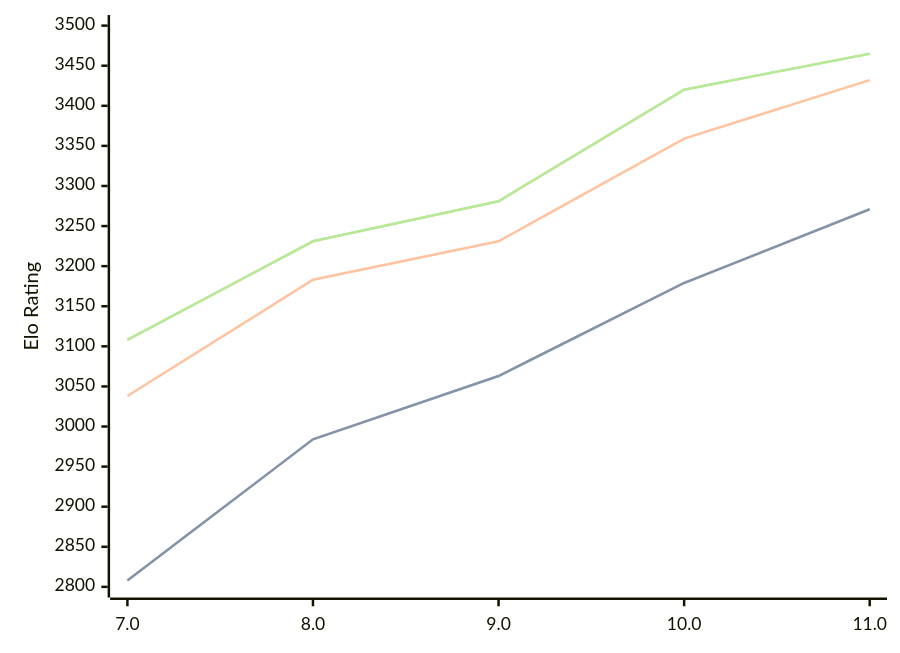
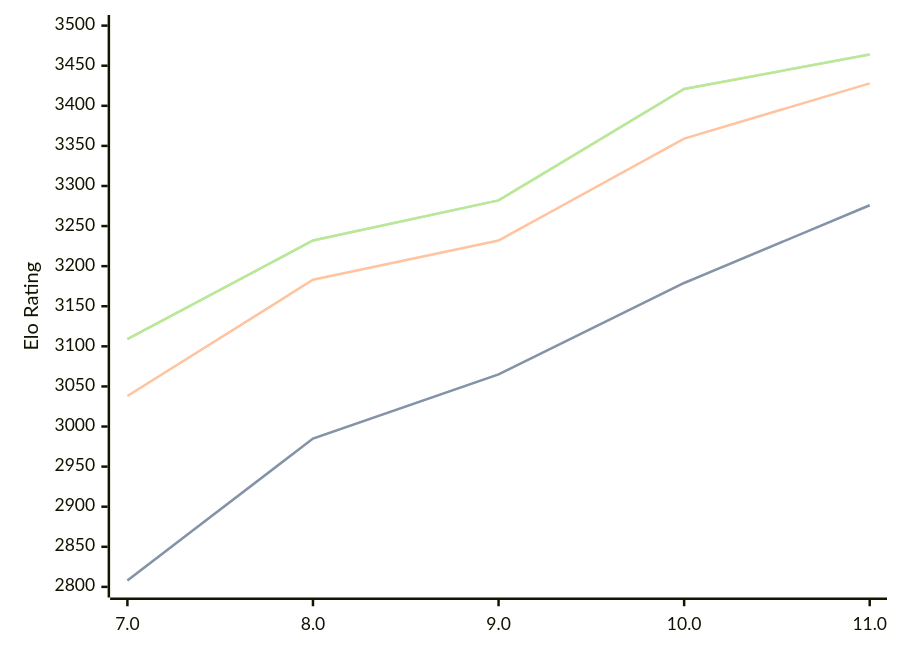
One commit to computer-chess-index/cci changed the diagram in engines/Tcheran.md. Above: the diagram before and after it, drawn with Mermaid. The commit also changed other lines of this file, not shown here.

Commit message:
Update CCI Ratings (ELO VLTC) - 2026-02-17

````diff
--- a/engines/Tcheran.md
+++ b/engines/Tcheran.md
@@ -46,11 +46,11 @@
 ```mermaid
 %%{init: {"theme":"base","themeVariables":{"seriesColors:['#a3a3a3','#222221','#faa371']}}}%%
 xychart-beta
   x-axis ["7.0", "8.0", "9.0", "10.0", "11.0"]
   y-axis "Elo Rating" 2800 --> 3500
-  line "STC (8.0+0.08s)" [2808, 2984, 3063, 3179, 3271]
-  line "STC (8.0+0.08s)" [2808, 2984, 3063, 3179, 3271]
-  line "LTC (60.0+0.60s)" [3038, 3183, 3231, 3359, 3432]
-  line "VLTC (2m24s+1.12s)" [3108, 3231, 3281, 3420, 3465]
-  line "VLTC (2m24s+1.12s)" [3108, 3231, 3281, 3420, 3465]
+  line "STC (8.0+0.08s)" [2808, 2985, 3065, 3179, 3276]
+  line "STC (8.0+0.08s)" [2808, 2985, 3065, 3179, 3276]
+  line "LTC (60.0+0.60s)" [3038, 3183, 3232, 3359, 3428]
+  line "VLTC (2m24s+1.12s)" [3109, 3232, 3282, 3421, 3464]
+  line "VLTC (2m24s+1.12s)" [3109, 3232, 3282, 3421, 3464]
 ```
````
